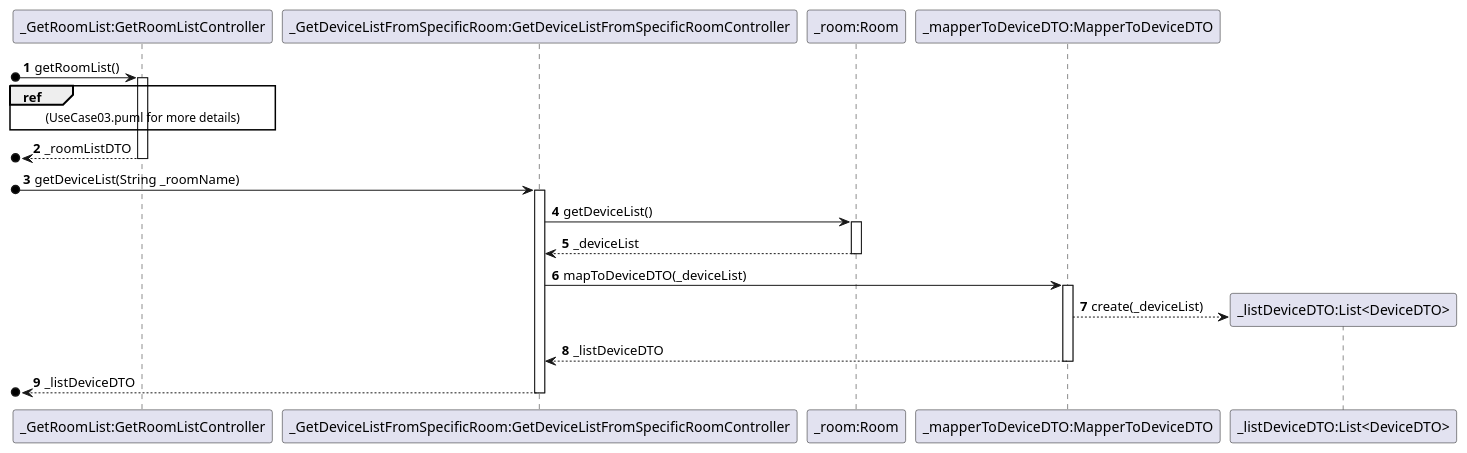
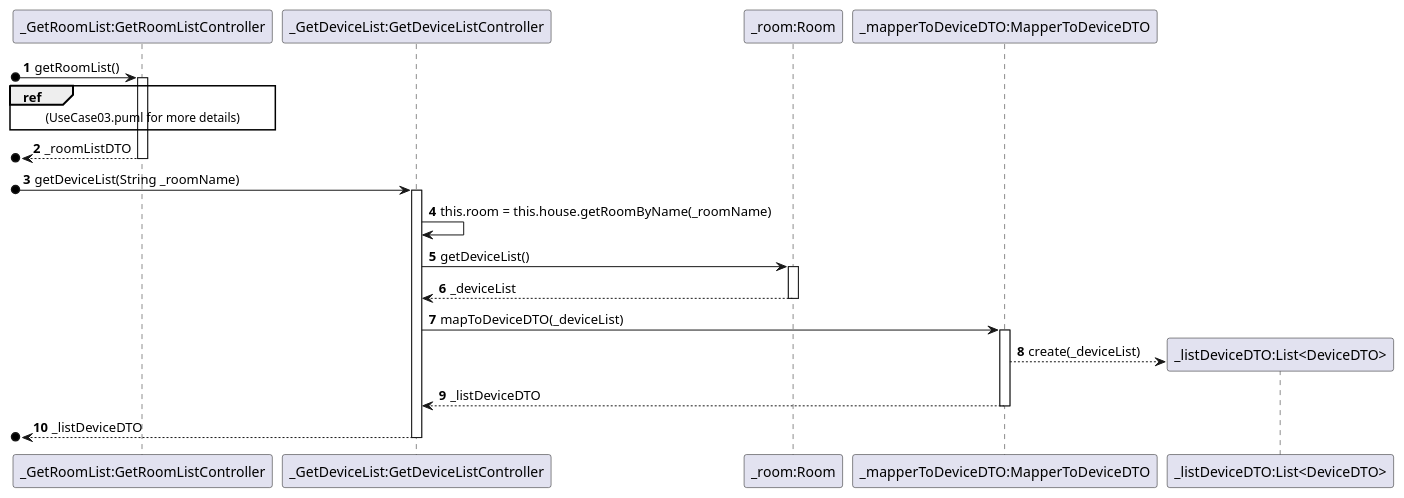
The diagram in projetoIntermedio/docs/Sequence/UseCase06.puml (ozepedrorodrigues/projetoIntermedio), drawn with PlantUML before and after one commit. The commit also changed 7 other files, not shown here.

Commit message:
UseCases Corrigidos, Controllers de acordo com UseCases, apagado GetDeviceListFromSpecificRoomController (redundante)

```diff
--- a/projetoIntermedio/docs/Sequence/UseCase06.puml
+++ b/projetoIntermedio/docs/Sequence/UseCase06.puml
@@ -1,32 +1,33 @@
 @startuml
 'https://plantuml.com/sequence-diagram
 
 autonumber
 
 Participant "_GetRoomList:GetRoomListController" as G
-Participant "_GetDeviceListFromSpecificRoom:GetDeviceListFromSpecificRoomController" as G1
+Participant "_GetDeviceList:GetDeviceListController" as G1
 Participant "_room:Room" as R
 Participant "_mapperToDeviceDTO:MapperToDeviceDTO" as M
 Participant "_listDeviceDTO:List<DeviceDTO>" as L
 
 [o->G : getRoomList()
 activate G
 ref over G : (UseCase03.puml for more details)
 [o<--G : _roomListDTO
 deactivate G
 
 [o->G1 : getDeviceList(String _roomName)
 activate G1
+G1->G1 : this.room = this.house.getRoomByName(_roomName)
 G1->R : getDeviceList()
 activate R
 R-->G1: _deviceList
 deactivate R
 G1->M : mapToDeviceDTO(_deviceList)
 activate M
 M-->L** : create(_deviceList)
 M-->G1 : _listDeviceDTO
 deactivate M
 [o<--G1 : _listDeviceDTO
 deactivate G1
 
 @enduml
```
